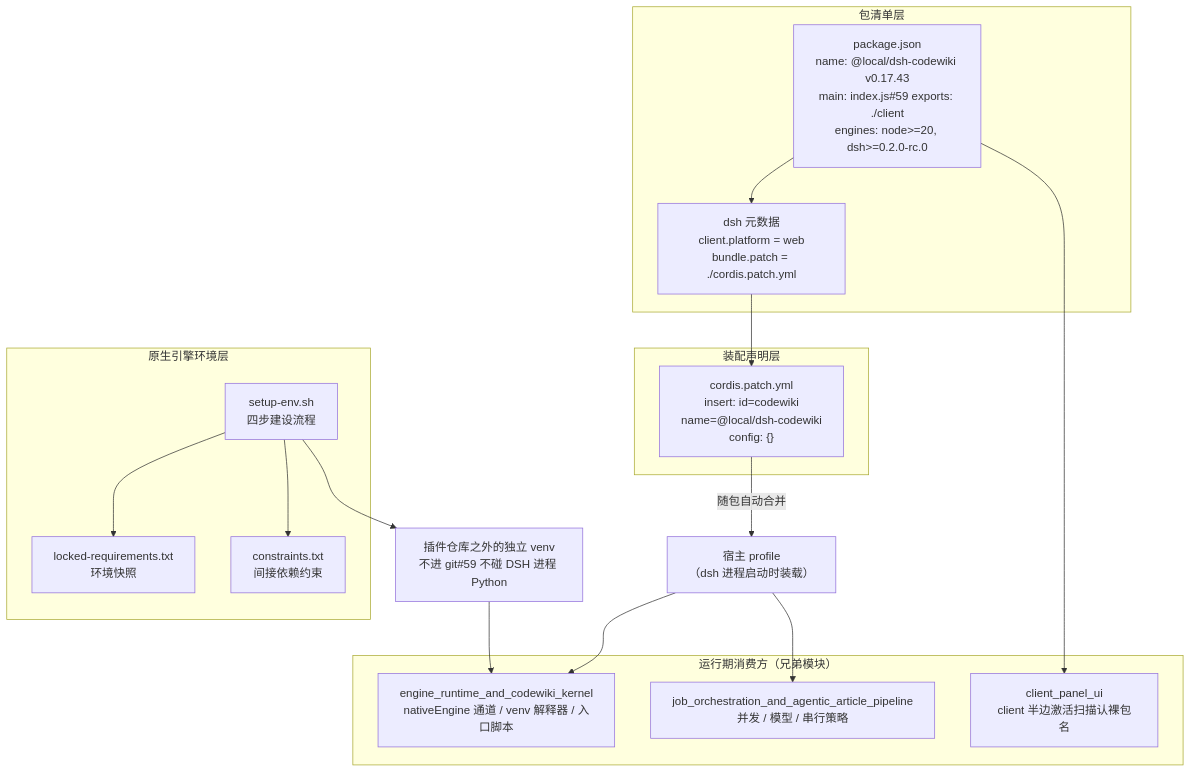
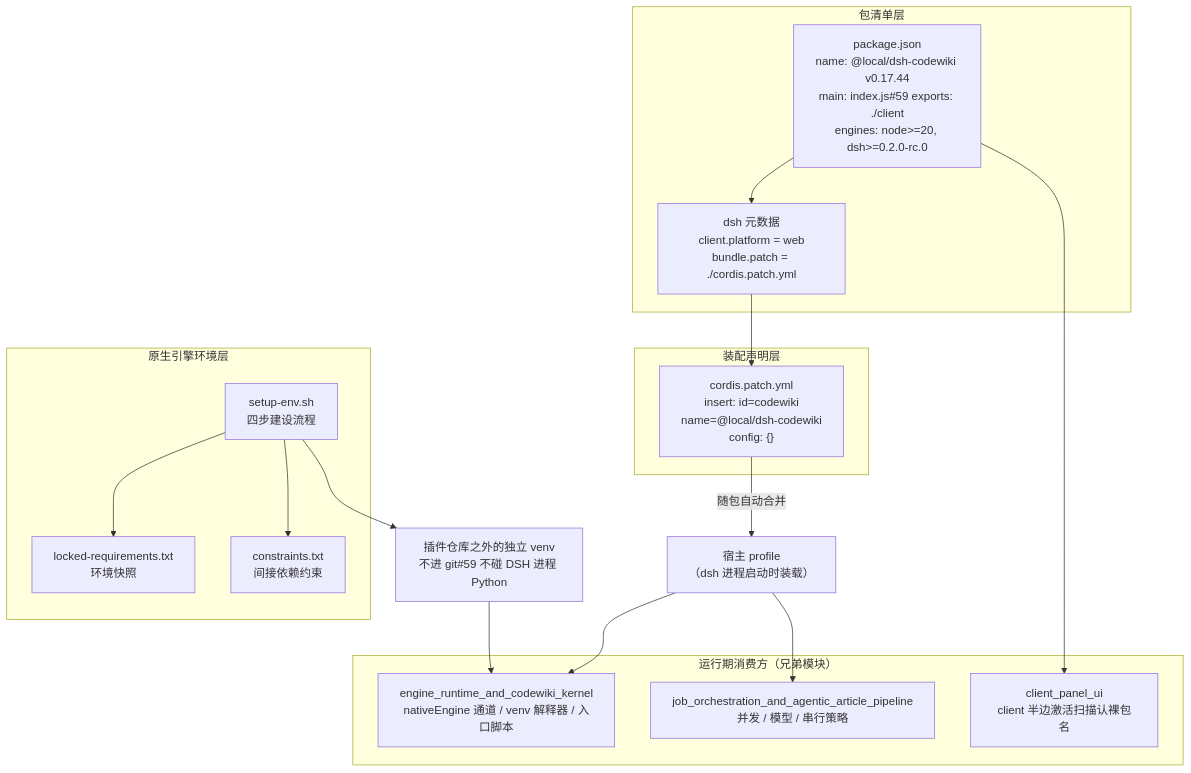
The first of 3 diagrams in .codewiki/modules/build-and-configuration.md (ikliml666/dsh-codewiki), drawn with Mermaid before and after one commit. The commit also changed other lines of this file and 11 other files, not shown here.

````diff
--- a/.codewiki/modules/build-and-configuration.md
+++ b/.codewiki/modules/build-and-configuration.md
@@ -28,35 +28,35 @@
 ```mermaid
 flowchart TB
     subgraph PKG["包清单层"]
-        PJ["package.json<br/>name: @local/dsh-codewiki v0.17.43<br/>main: index.js#59 exports: ./client<br/>engines: node>=20, dsh>=0.2.0-rc.0"]
+        PJ["package.json<br/>name: @local/dsh-codewiki v0.17.44<br/>main: index.js#59 exports: ./client<br/>engines: node>=20, dsh>=0.2.0-rc.0"]
         DSHMETA["dsh 元数据<br/>client.platform = web<br/>bundle.patch = ./cordis.patch.yml"]
     end
 
     subgraph PATCH["装配声明层"]
         CP["cordis.patch.yml<br/>insert: id=codewiki<br/>name=@local/dsh-codewiki<br/>config: {}"]
     end
 
     subgraph ENV["原生引擎环境层"]
         SH["setup-env.sh<br/>四步建设流程"]
         LOCK["locked-requirements.txt<br/>环境快照"]
         CON["constraints.txt<br/>间接依赖约束"]
     end
 
     subgraph RUNTIME["运行期消费方（兄弟模块）"]
         ENG["engine_runtime_and_codewiki_kernel<br/>nativeEngine 通道 / venv 解释器 / 入口脚本"]
         JOB["job_orchestration_and_agentic_article_pipeline<br/>并发 / 模型 / 串行策略"]
         UI["client_panel_ui<br/>client 半边激活扫描认裸包名"]
     end
 
     PJ --> DSHMETA
     DSHMETA --> CP
     CP -->|"随包自动合并"| PROFILE["宿主 profile<br/>（dsh 进程启动时装载）"]
     SH --> LOCK
     SH --> CON
     SH --> VENV["插件仓库之外的独立 venv<br/>不进 git#59 不碰 DSH 进程 Python"]
 
     PROFILE --> JOB
     PROFILE --> ENG
     VENV --> ENG
     PJ --> UI
 ```
````
